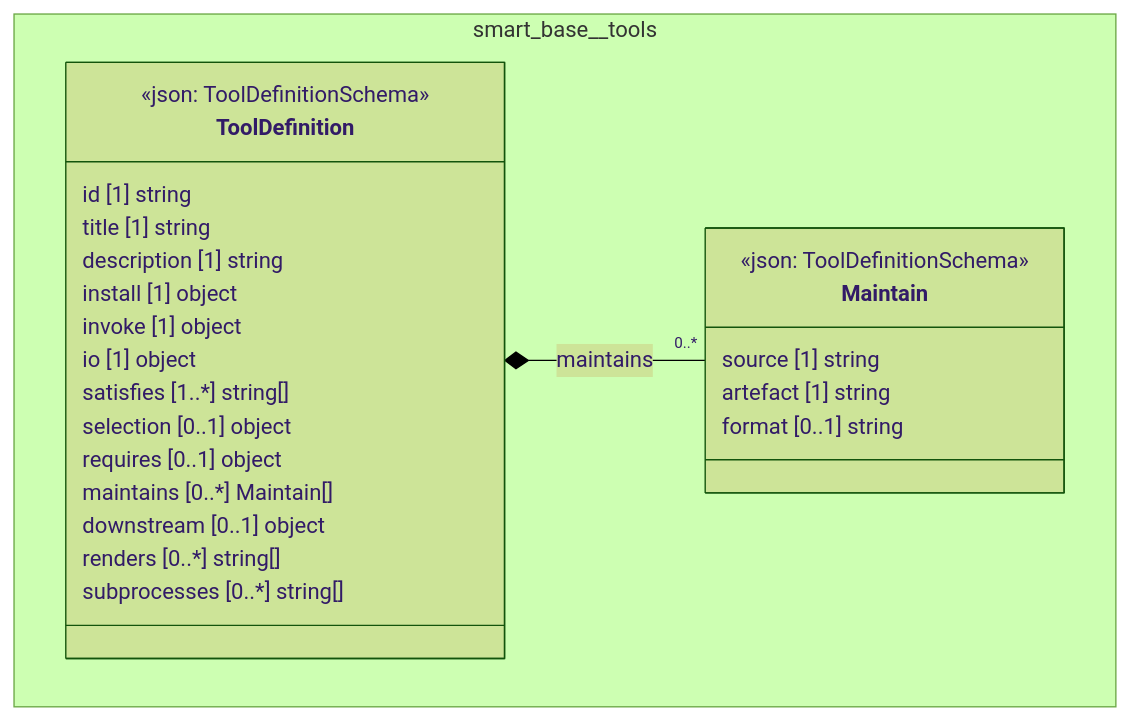
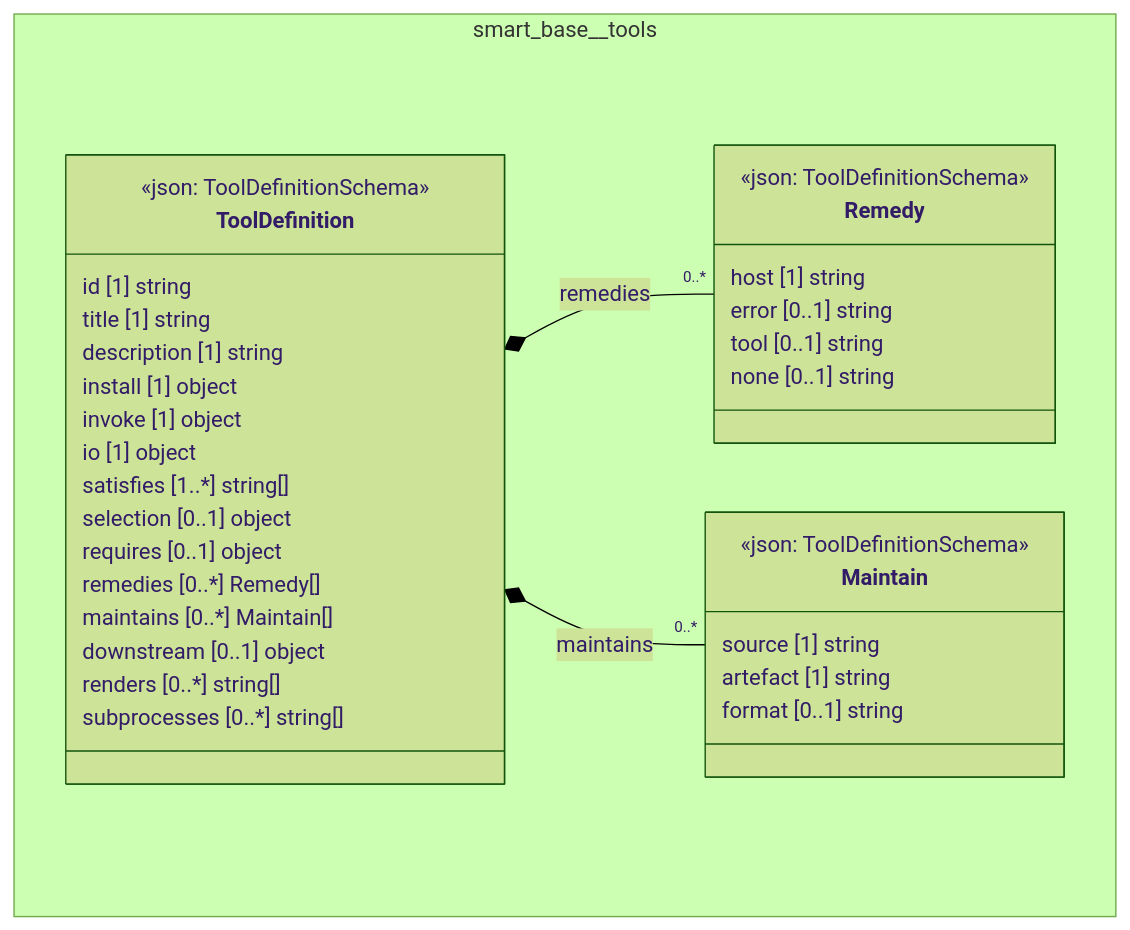
The diagram in cat-harness/docs/uml/overview/smart-base/tools.md (litlfred/folio-assistant), drawn with Mermaid (forest theme) before and after one commit. The commit also changed 92 other files, not shown here.

First line of the commit message:
tools: `remedies` per host on every network Tool, a gate, and `tools:remedy` lookup (6mk7)

````diff
--- a/cat-harness/docs/uml/overview/smart-base/tools.md
+++ b/cat-harness/docs/uml/overview/smart-base/tools.md
@@ -42,31 +42,41 @@
 ```mermaid
 classDiagram
   direction TB
   namespace smart_base__tools {
+    class smart_base_tools_Remedy["Remedy"] {
+      <<json: ToolDefinitionSchema>>
+      host [1] string
+      error [0..1] string
+      tool [0..1] string
+      none [0..1] string
+    }
     class smart_base_tools_Maintain["Maintain"] {
       <<json: ToolDefinitionSchema>>
       source [1] string
       artefact [1] string
       format [0..1] string
     }
     class smart_base_tools_ToolDefinition["ToolDefinition"] {
       <<json: ToolDefinitionSchema>>
       id [1] string
       title [1] string
       description [1] string
       install [1] object
       invoke [1] object
       io [1] object
       satisfies [1..*] string[]
       selection [0..1] object
       requires [0..1] object
+      remedies [0..*] Remedy[]
       maintains [0..*] Maintain[]
       downstream [0..1] object
       renders [0..*] string[]
       subprocesses [0..*] string[]
     }
   }
+  smart_base_tools_ToolDefinition *-- "0..*" smart_base_tools_Remedy : remedies
   smart_base_tools_ToolDefinition *-- "0..*" smart_base_tools_Maintain : maintains
+  cssClass "smart_base_tools_Remedy" fa_uml_kind_tools
   cssClass "smart_base_tools_Maintain" fa_uml_kind_tools
   cssClass "smart_base_tools_ToolDefinition" fa_uml_kind_tools
 ```
````
